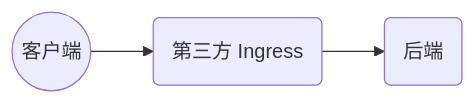
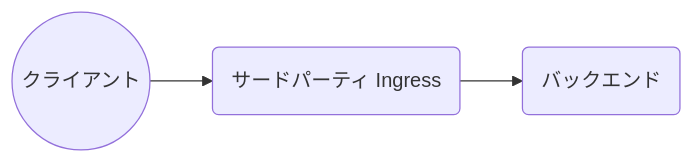
Before and after one commit to Aias00/istio.io: the first of 2 diagrams in content/ja/docs/ops/integrations/loadbalancers/index.md, drawn with Mermaid. The commit also changed other lines of this file and 247 other files, not shown here.

```diff
--- a/content/ja/docs/ops/integrations/loadbalancers/index.md
+++ b/content/ja/docs/ops/integrations/loadbalancers/index.md
@@ -19,7 +16,7 @@
 {{< mermaid >}}
 graph LR
-    cc((客户端))
-    tpi(第三方 Ingress)
-    a(后端)
-    cc-->tpi-->a
+cc((クライアント))
+tpi(サードパーティ Ingress)
+a(バックエンド)
+cc-->tpi-->a
 {{< /mermaid >}}
```
